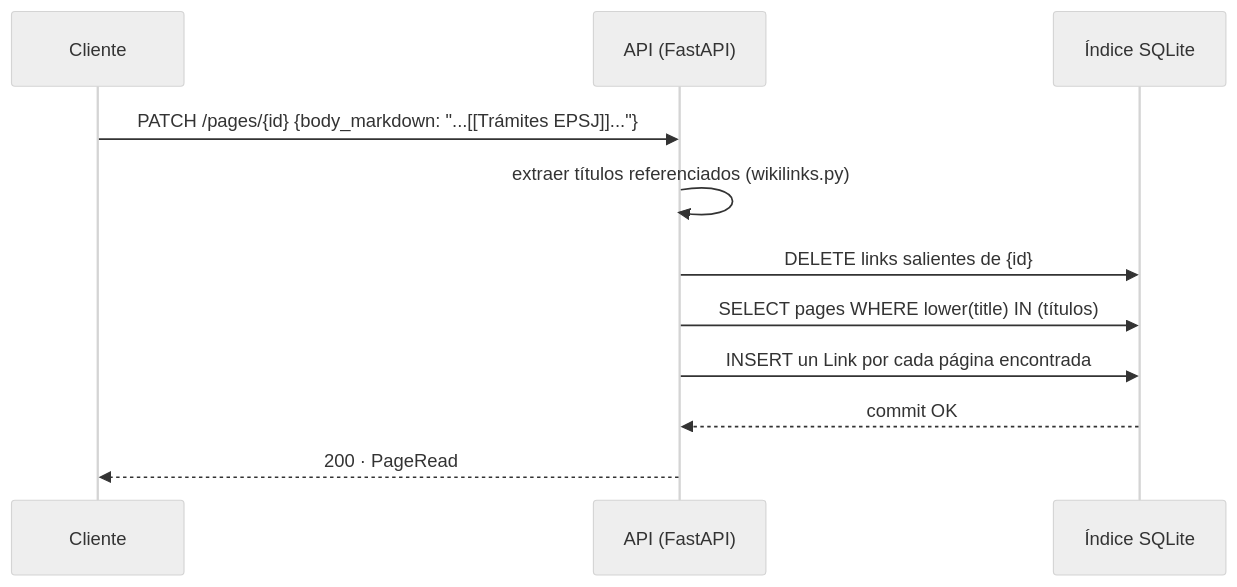
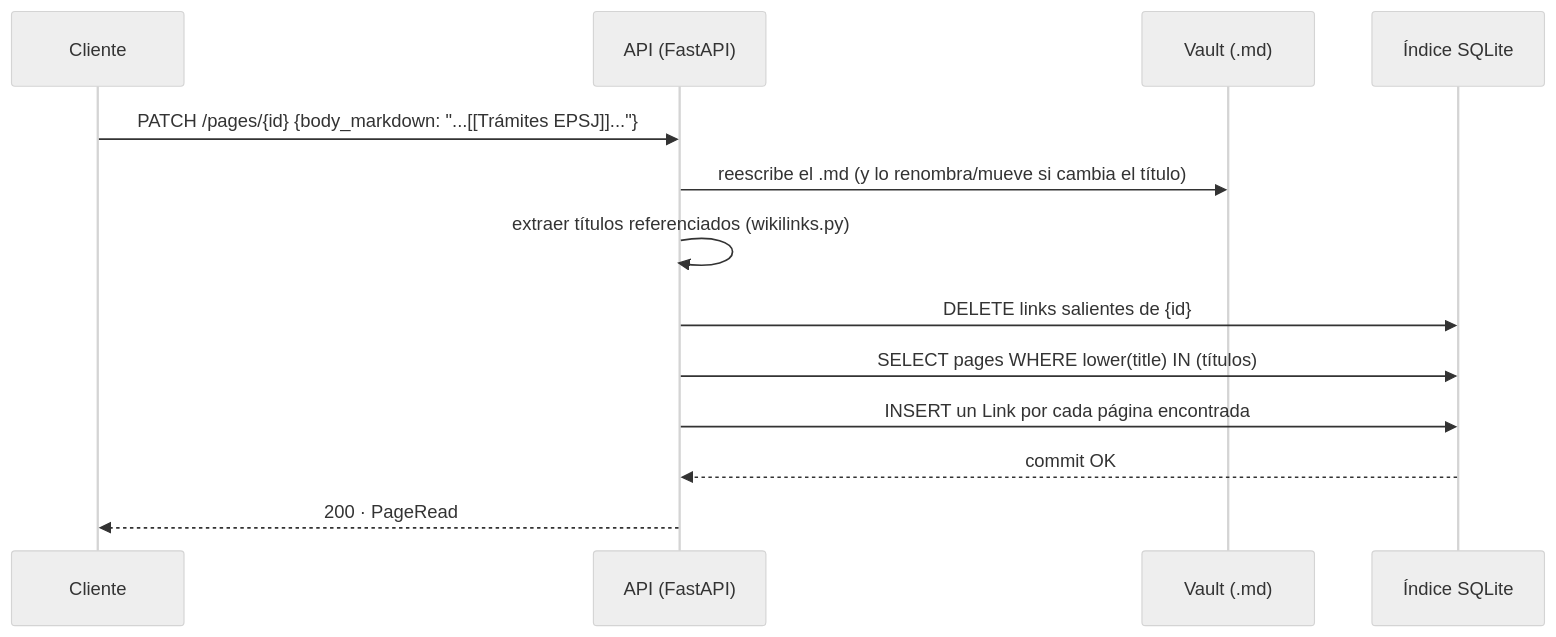
The sixth of 9 diagrams in docs/ARCHITECTURE.md (joaquinrodfer/MyDamnManagement), drawn with Mermaid (neutral theme) before and after one commit. The commit also changed other lines of this file and 7 other files, not shown here.

````diff
--- a/docs/ARCHITECTURE.md
+++ b/docs/ARCHITECTURE.md
@@ -142,14 +155,16 @@
 ```mermaid
 sequenceDiagram
     participant C as Cliente
     participant A as API (FastAPI)
+    participant V as Vault (.md)
     participant P as Índice SQLite
 
     C->>A: PATCH /pages/{id} {body_markdown: "...[[Trámites EPSJ]]..."}
+    A->>V: reescribe el .md (y lo renombra/mueve si cambia el título)
     A->>A: extraer títulos referenciados (wikilinks.py)
     A->>P: DELETE links salientes de {id}
     A->>P: SELECT pages WHERE lower(title) IN (títulos)
     A->>P: INSERT un Link por cada página encontrada
     P-->>A: commit OK
     A-->>C: 200 · PageRead
 ```
````
